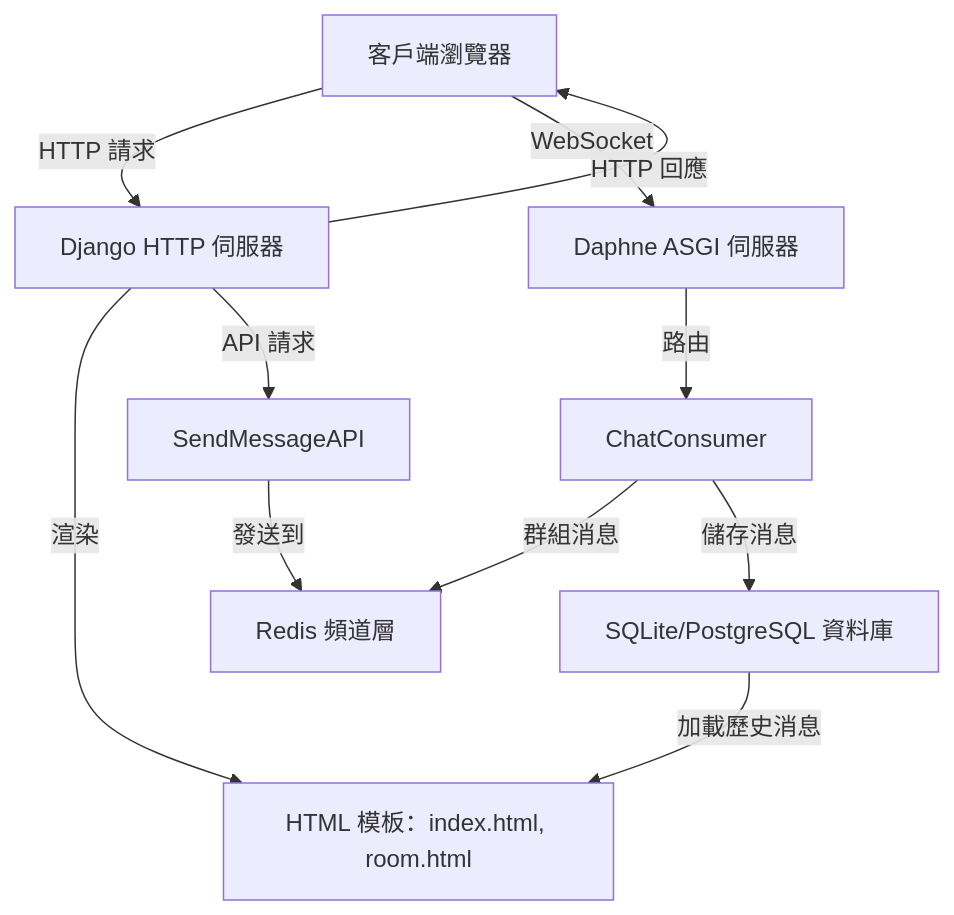
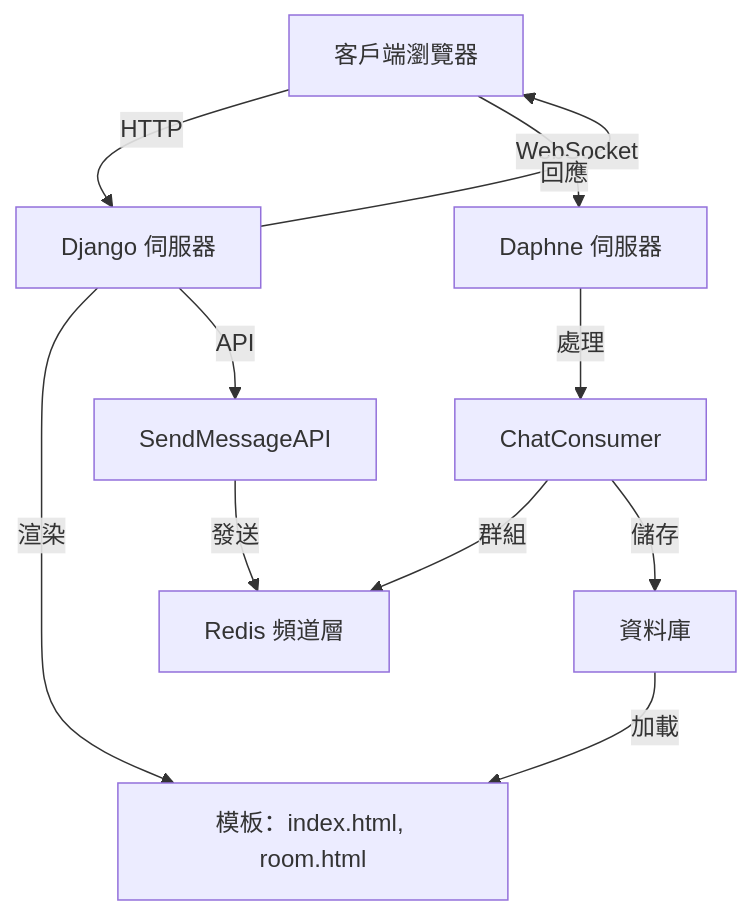
The diagram in README.md (BpsEason/realtime_chat_django), drawn with Mermaid before and after one commit. The commit also changed other lines of this file, not shown here.

````diff
--- a/README.md
+++ b/README.md
@@ -17,13 +14,13 @@
 ```mermaid
 graph TD
-    A[客戶端瀏覽器] -->|HTTP 請求| B[Django HTTP 伺服器]
-    A -->|WebSocket| C[Daphne ASGI 伺服器]
-    B -->|渲染| D[HTML 模板：index.html, room.html]
-    B -->|HTTP 回應| A
-    C -->|路由| E[ChatConsumer]
-    E -->|群組消息| F[Redis 頻道層]
-    E -->|儲存消息| G[SQLite/PostgreSQL 資料庫]
-    B -->|API 請求| H[SendMessageAPI]
-    H -->|發送到| F
-    G -->|加載歷史消息| D
+    A[客戶端瀏覽器] -->|HTTP| B[Django 伺服器]
+    A -->|WebSocket| C[Daphne 伺服器]
+    B -->|渲染| D[模板：index.html, room.html]
+    B -->|回應| A
+    C -->|處理| E[ChatConsumer]
+    E -->|群組| F[Redis 頻道層]
+    E -->|儲存| G[資料庫]
+    B -->|API| H[SendMessageAPI]
+    H -->|發送| F
+    G -->|加載| D
 ```
````
